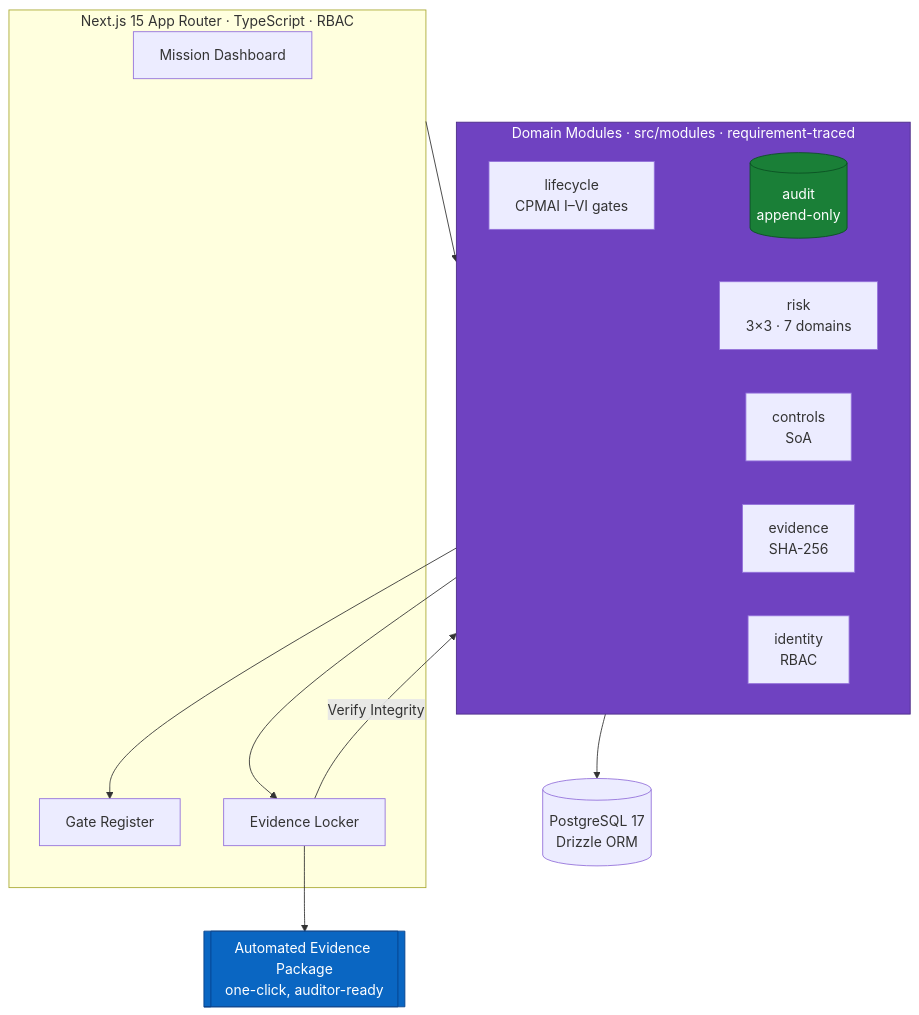
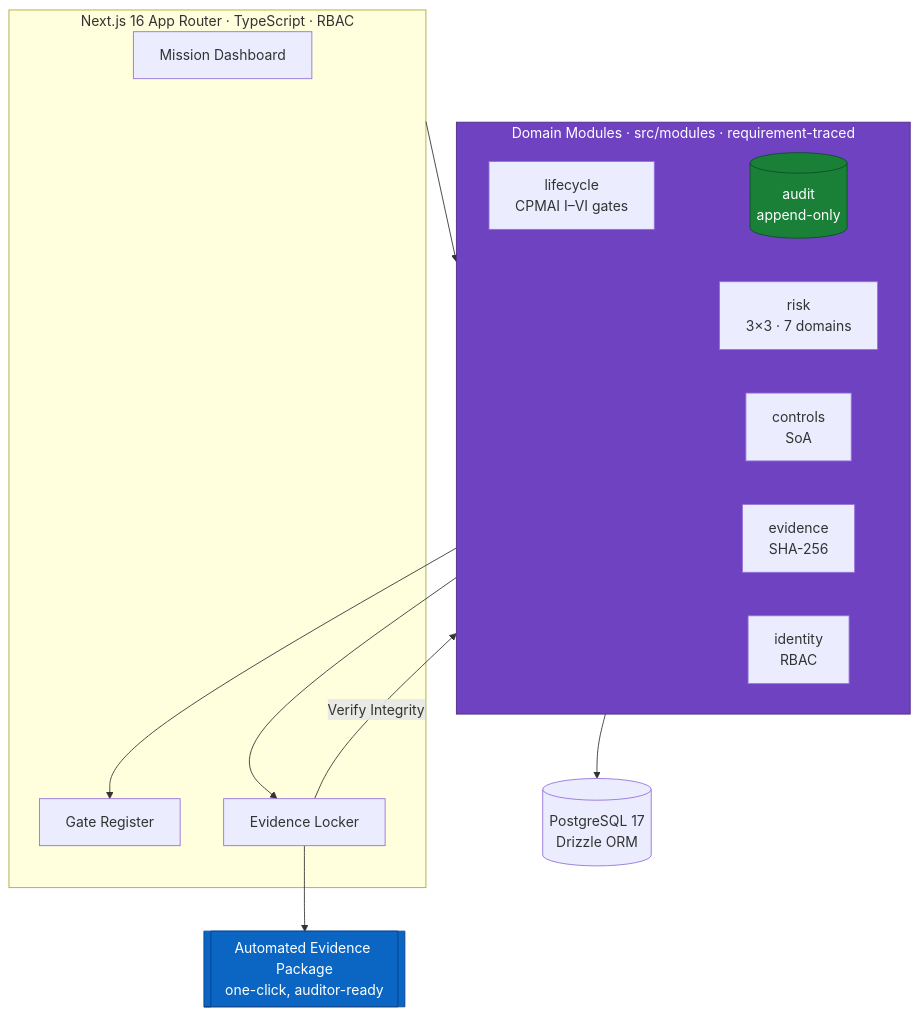
The diagram in README.md (jdavis-cyber/priora), drawn with Mermaid before and after one commit. The commit also changed other lines of this file, not shown here.

First line of the commit message:
docs(readme): fix spec count (32 unit + 6 e2e) and Next.js 16 version

````diff
--- a/README.md
+++ b/README.md
@@ -66,30 +66,30 @@
 ```mermaid
 flowchart TB
-    subgraph Client [Next.js 15 App Router · TypeScript · RBAC]
+    subgraph Client [Next.js 16 App Router · TypeScript · RBAC]
         Dash[Mission Dashboard]
         Gate[Gate Register]
         Lock[Evidence Locker]
     end
 
     subgraph Domain [Domain Modules · src/modules · requirement-traced]
         direction LR
         Life[lifecycle<br/>CPMAI I–VI gates]
         Risk[risk<br/>3×3 · 7 domains]
         Ctrl[controls<br/>SoA]
         Evix[evidence<br/>SHA-256]
         Idn[identity<br/>RBAC]
         Aud[(audit<br/>append-only)]
     end
 
     Client --> Domain
     Life --> Gate
     Evix --> Lock
     Domain --> DB[(PostgreSQL 17<br/>Drizzle ORM)]
     Domain --> Aud
     Lock -->|Verify Integrity| Evix
     Lock --> AEP[[Automated Evidence Package<br/>one-click, auditor-ready]]
 
     style Domain fill:#6f42c1,stroke:#4b2a86,color:#fff
     style Aud fill:#1a7f37,stroke:#0b5023,color:#fff
     style AEP fill:#0A66C2,stroke:#06408a,color:#fff
 ```
````
